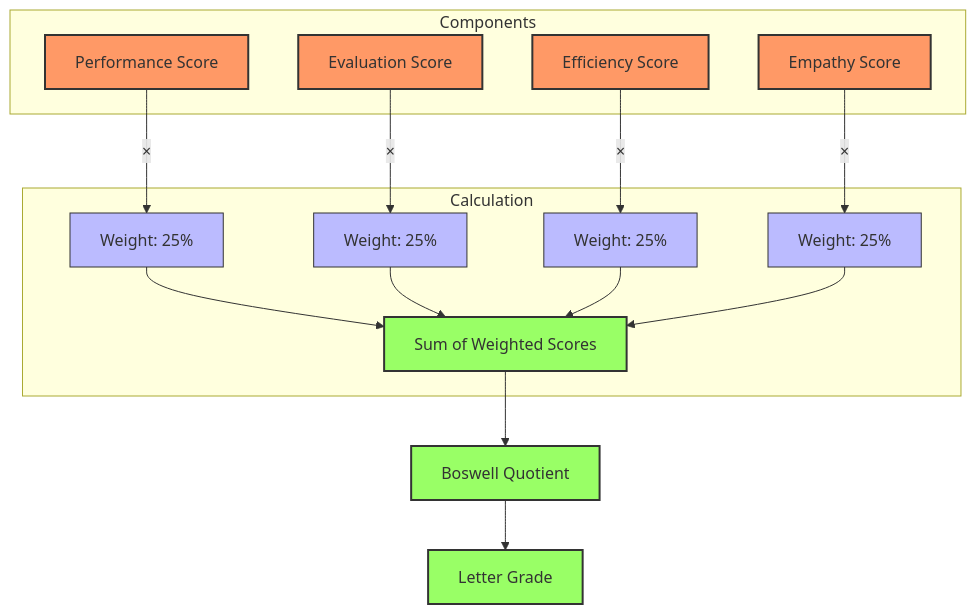
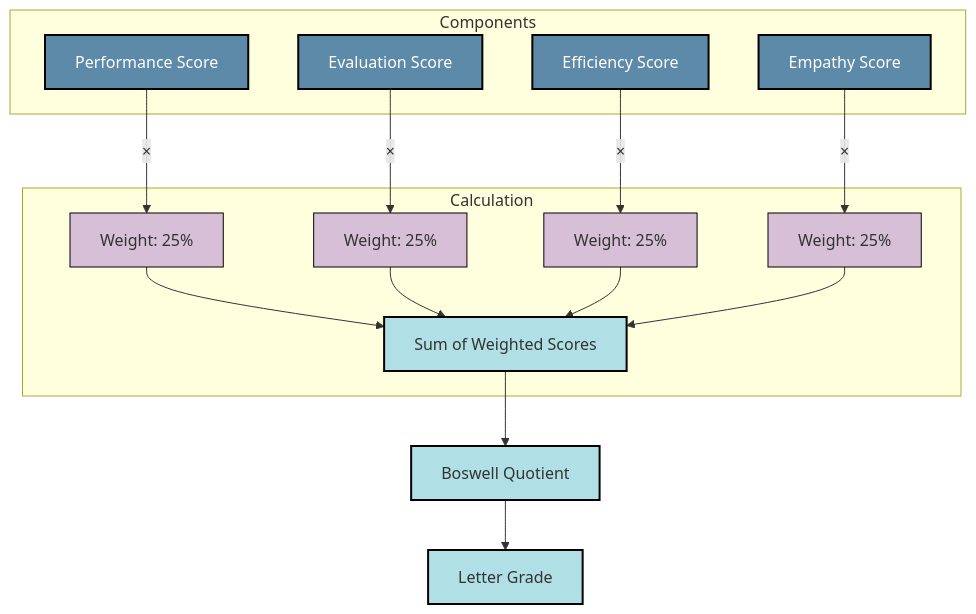
Before and after one commit to referential-ai/boswell-test: the third of 3 diagrams in docs/technical/model_interaction.md, drawn with Mermaid. The commit also changed other lines of this file, not shown here.

````diff
--- a/docs/technical/model_interaction.md
+++ b/docs/technical/model_interaction.md
@@ -202,38 +202,38 @@
 ```mermaid
 flowchart TD
     subgraph Components
         P[Performance Score]
         E[Evaluation Score]
         Ef[Efficiency Score]
         Em[Empathy Score]
     end
     
     subgraph Calculation
         W1[Weight: 25%]
         W2[Weight: 25%]
         W3[Weight: 25%]
         W4[Weight: 25%]
         
         P --> |×| W1
         E --> |×| W2
         Ef --> |×| W3
         Em --> |×| W4
         
         W1 --> Sum
         W2 --> Sum
         W3 --> Sum
         W4 --> Sum
         Sum[Sum of Weighted Scores]
     end
     
     Sum --> BQ[Boswell Quotient]
     BQ --> Grade[Letter Grade]
     
-    classDef componentNode fill:#f96,stroke:#333,stroke-width:2px
-    classDef weightNode fill:#bbf,stroke:#333,stroke-width:1px
-    classDef resultNode fill:#9f6,stroke:#333,stroke-width:2px
+    classDef componentNode fill:#5d8aa8,stroke:#000,stroke-width:2px,color:#fff
+    classDef weightNode fill:#d8bfd8,stroke:#000,stroke-width:1px
+    classDef resultNode fill:#b0e0e6,stroke:#000,stroke-width:2px
     
     class P,E,Ef,Em componentNode
     class W1,W2,W3,W4 weightNode
     class Sum,BQ,Grade resultNode
 ```
````
